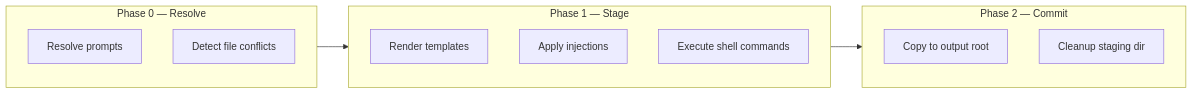
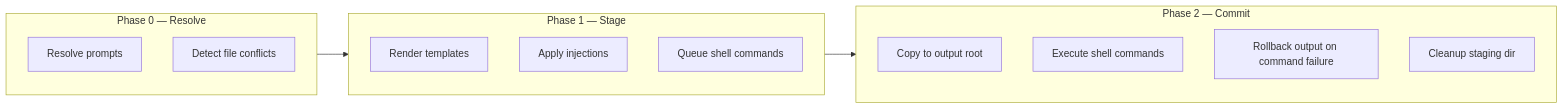
Before and after one commit to MetalbolicX/blueprint: the second of 5 diagrams in docs/architecture.md, drawn with Mermaid. The commit also changed other lines of this file and 9 other files, not shown here.

````diff
--- a/docs/architecture.md
+++ b/docs/architecture.md
@@ -56,20 +56,22 @@
 ```mermaid
 flowchart LR
     subgraph Phase0["Phase 0 — Resolve"]
         P0_Prompts[Resolve prompts]
         P0_Conflicts[Detect file conflicts]
     end
 
     subgraph Phase1["Phase 1 — Stage"]
         P1_Render[Render templates]
         P1_Inject[Apply injections]
-        P1_Shell[Execute shell commands]
+        P1_Shell[Queue shell commands]
     end
 
     subgraph Phase2["Phase 2 — Commit"]
         P2_Copy[Copy to output root]
+        P2_Shell[Execute shell commands]
+        P2_Rollback[Rollback output on command failure]
         P2_Cleanup[Cleanup staging dir]
     end
 
     Phase0 --> Phase1 --> Phase2
 ```
````
